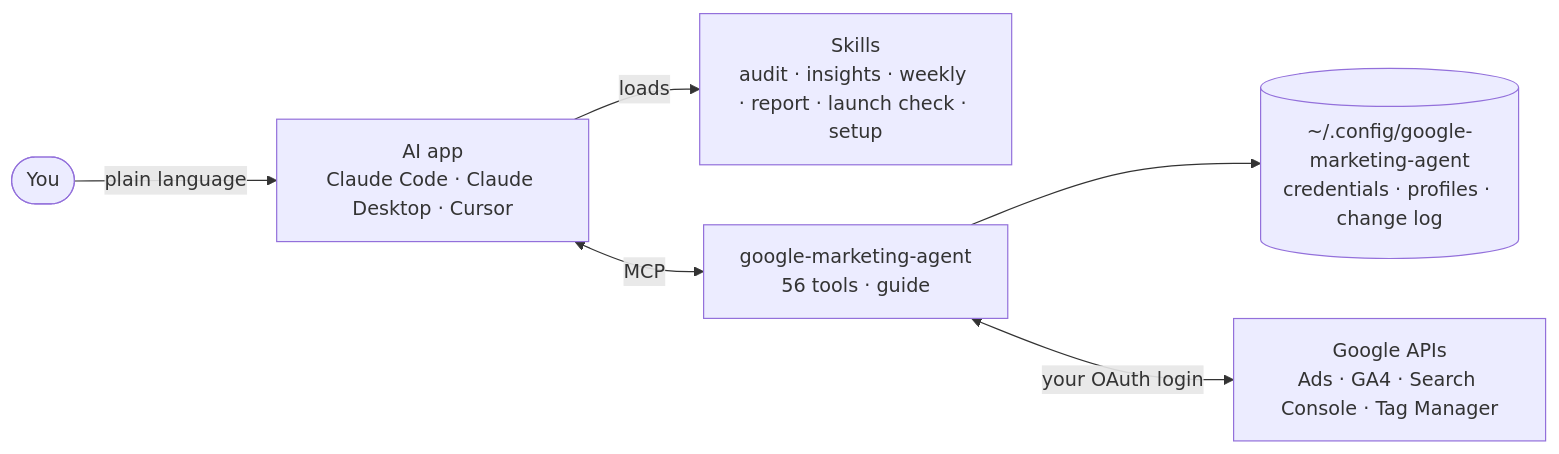
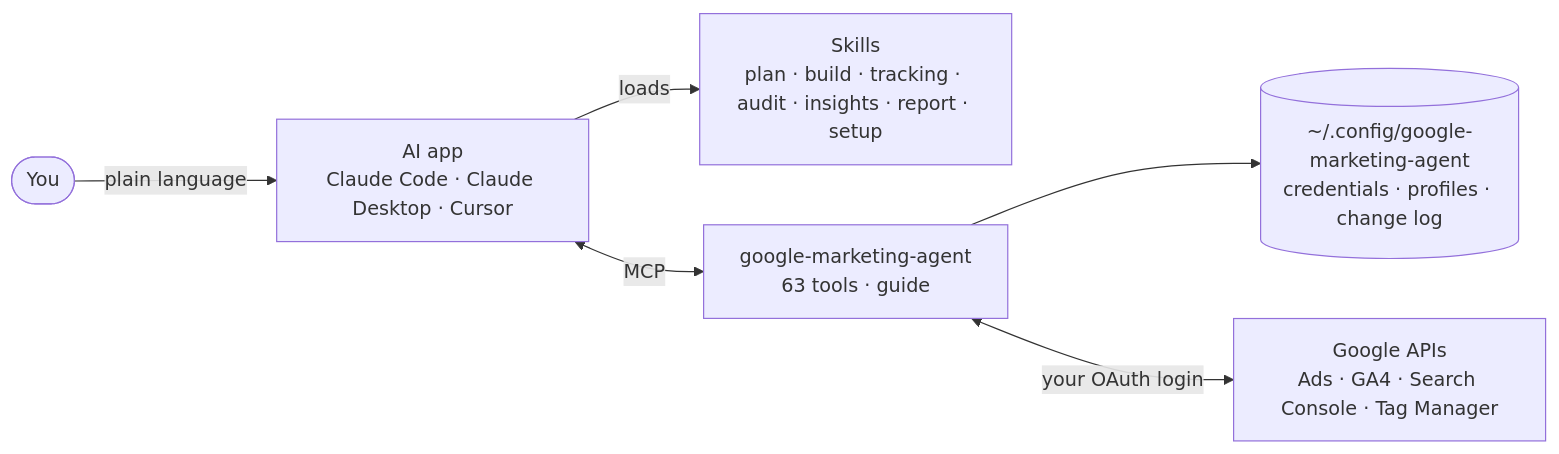
Before and after one commit to omarmfouad25/google-marketing-agent: the first of 2 diagrams in docs/how-it-works.md, drawn with Mermaid. The commit also changed 12 other files, not shown here.

Commit message:
release 0.3.0: measurement tools, tracking skills and docs

````diff
--- a/docs/how-it-works.md
+++ b/docs/how-it-works.md
@@ -6,8 +6,8 @@
 ```mermaid
 flowchart LR
   you([You]) -->|plain language| app["AI app<br/>Claude Code · Claude Desktop · Cursor"]
-  app -->|loads| skills["Skills<br/>audit · insights · weekly · report · launch check · setup"]
-  app <-->|MCP| server["google-marketing-agent<br/>56 tools · guide"]
+  app -->|loads| skills["Skills<br/>plan · build · tracking · audit · insights · report · setup"]
+  app <-->|MCP| server["google-marketing-agent<br/>63 tools · guide"]
   server --> cfg[("~/.config/google-marketing-agent<br/>credentials · profiles · change log")]
   server <-->|your OAuth login| google["Google APIs<br/>Ads · GA4 · Search Console · Tag Manager"]
 ```
````
